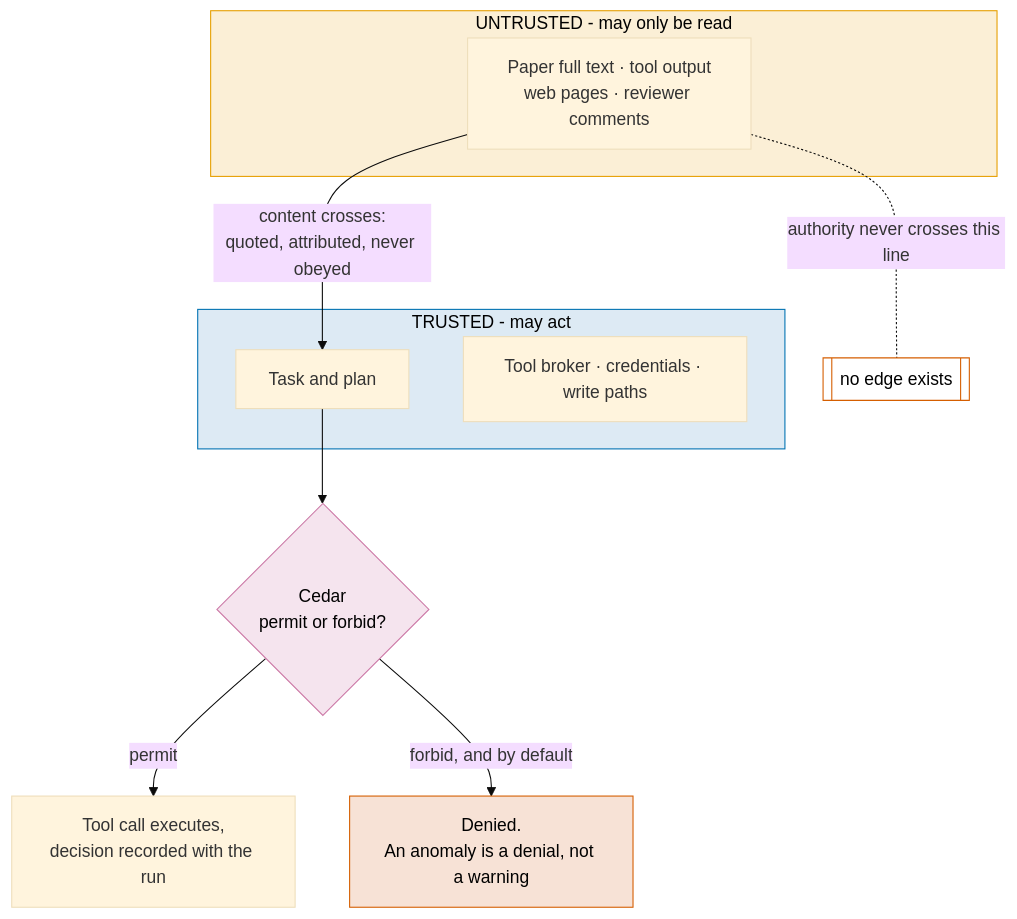
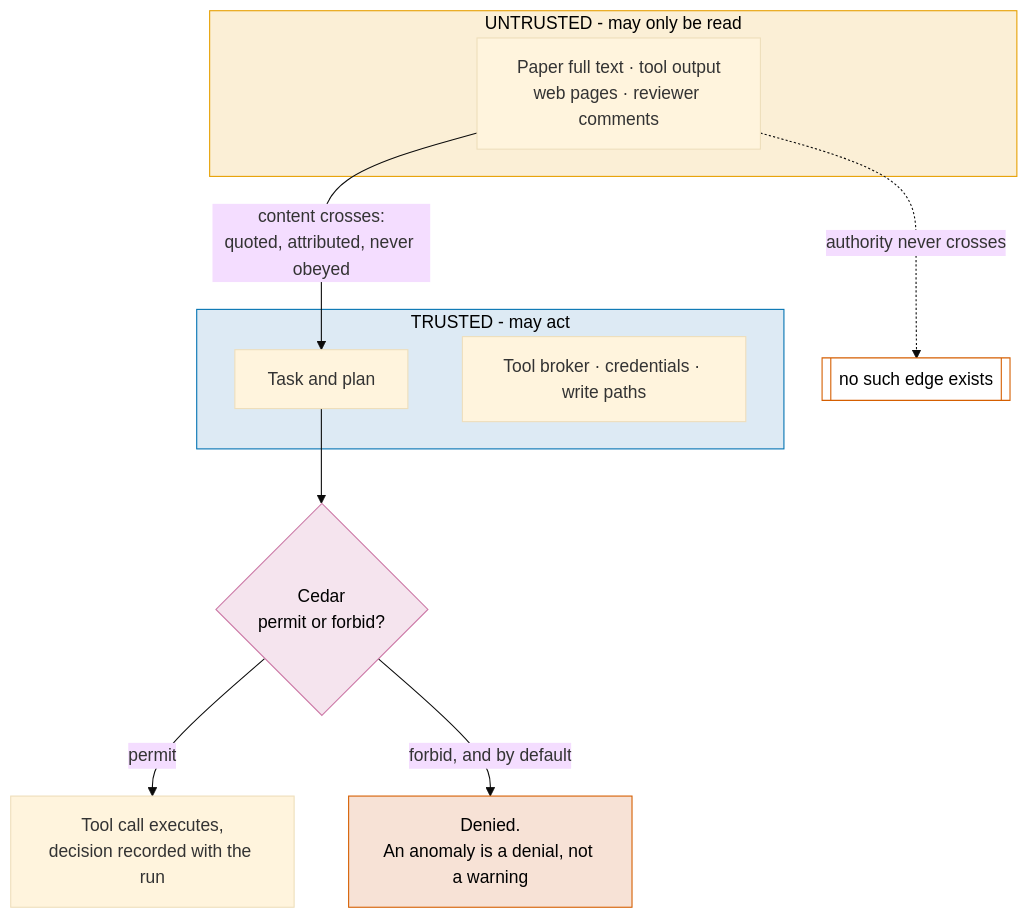
Before and after one commit to furkanhanilci/AETHRION: the eighth of 16 diagrams in README.md, drawn with Mermaid (base theme).

Commit message:
Use the conventional labelled-link form in the trust-boundary diagram

````diff
--- a/README.md
+++ b/README.md
@@ -334,20 +334,20 @@
 ```mermaid
 flowchart TD
     subgraph TRUST["TRUSTED - may act"]
         T1["Task and plan"]
         T2["Tool broker · credentials · write paths"]
     end
     subgraph DATA["UNTRUSTED - may only be read"]
         U1["Paper full text · tool output<br/>web pages · reviewer comments"]
     end
     U1 -->|"content crosses:<br/>quoted, attributed, never obeyed"| T1
-    U1 -.-|"authority never crosses this line"| BLOCK[["no edge exists"]]
+    U1 -.->|"authority never crosses"| BLOCK[["no such edge exists"]]
     T1 --> PDP{"Cedar<br/>permit or forbid?"}
     PDP -->|"permit"| ACT["Tool call executes,<br/>decision recorded with the run"]
     PDP -->|"forbid, and by default"| DENY["Denied.<br/>An anomaly is a denial, not a warning"]
     style TRUST fill:#DDEAF4,stroke:#0072B2,color:#000
     style DATA fill:#FBEFD6,stroke:#E69F00,color:#000
     style PDP fill:#F5E4EE,stroke:#CC79A7,color:#000
     style DENY fill:#F7E2D6,stroke:#D55E00,color:#000
     style BLOCK fill:#FFFFFF,stroke:#D55E00,color:#000
 ```
````
